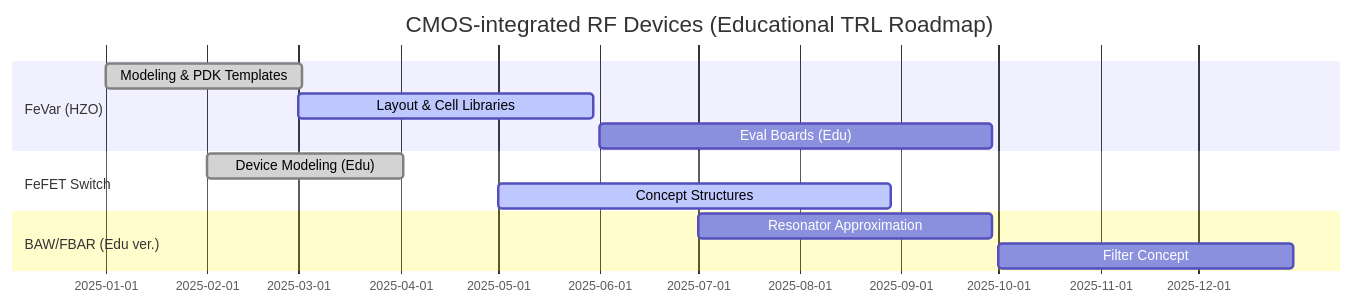
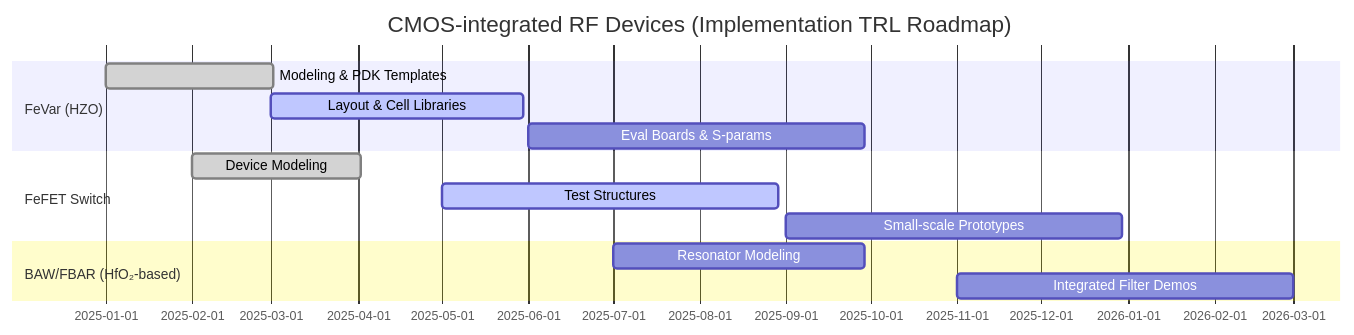
Before and after one commit to Samizo-AITL/Edusemi-Plus: the second of 2 diagrams in applied-devices/rf-devices/proposal.md, drawn with Mermaid. The commit also changed other lines of this file, not shown here.

````diff
--- a/applied-devices/rf-devices/proposal.md
+++ b/applied-devices/rf-devices/proposal.md
@@ -104,15 +118,16 @@
 ```mermaid
 gantt
-    title CMOS-integrated RF Devices (Educational TRL Roadmap)
+    title CMOS-integrated RF Devices (Implementation TRL Roadmap)
     dateFormat  YYYY-MM-DD
     section FeVar (HZO)
     Modeling & PDK Templates   :done,    des1, 2025-01-01, 60d
     Layout & Cell Libraries    :active,  des2, 2025-03-01, 90d
-    Eval Boards (Edu)          :         des3, 2025-06-01, 120d
+    Eval Boards & S-params     :         des3, 2025-06-01, 120d
     section FeFET Switch
-    Device Modeling (Edu)      :done,    sw1,  2025-02-01, 60d
-    Concept Structures         :active,  sw2,  2025-05-01, 120d
-    section BAW/FBAR (Edu ver.)
-    Resonator Approximation    :         baw1, 2025-07-01, 90d
-    Filter Concept             :         baw2, 2025-10-01, 90d
+    Device Modeling            :done,    sw1,  2025-02-01, 60d
+    Test Structures            :active,  sw2,  2025-05-01, 120d
+    Small-scale Prototypes     :         sw3,  2025-09-01, 120d
+    section BAW/FBAR (HfO₂-based)
+    Resonator Modeling         :         baw1, 2025-07-01, 90d
+    Integrated Filter Demos    :         baw2, 2025-11-01, 120d
 ```
````
